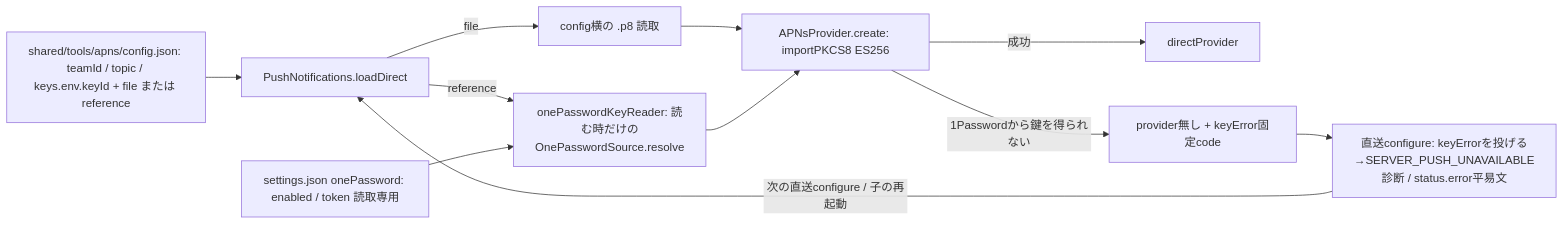
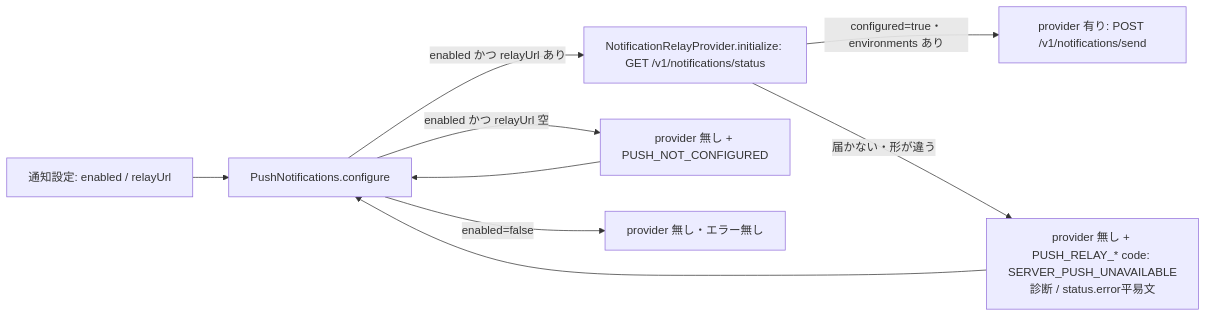
Before and after one commit to kitepon/BellTeam: the sixth of 7 diagrams in docs/architecture/modules/usage/notification-process.md, drawn with Mermaid. The commit also changed other lines of this file and 41 other files, not shown here.

First line of the commit message:
Remove the direct push path and the Settings 1Password feature; the relay is the only push path

````diff
--- a/docs/architecture/modules/usage/notification-process.md
+++ b/docs/architecture/modules/usage/notification-process.md
@@ -226,13 +222,11 @@
 ```mermaid
 flowchart LR
-  Config[shared/tools/apns/config.json: teamId / topic / keys.env.keyId + file または reference] --> Load[PushNotifications.loadDirect]
-  Load -->|file| P8[config横の .p8 読取]
-  Load -->|reference| Reader[onePasswordKeyReader: 読む時だけのOnePasswordSource.resolve]
-  Settings[settings.json onePassword: enabled / token 読取専用] --> Reader
-  P8 --> Create[APNsProvider.create: importPKCS8 ES256]
-  Reader --> Create
-  Create -->|成功| Direct[directProvider]
-  Create -->|1Passwordから鍵を得られない| NotConfigured[provider無し + keyError固定code]
-  NotConfigured --> Configure[直送configure: keyErrorを投げる→SERVER_PUSH_UNAVAILABLE診断 / status.error平易文]
-  Configure -->|次の直送configure / 子の再起動| Load
+  Settings[通知設定: enabled / relayUrl] --> Configure[PushNotifications.configure]
+  Configure -->|enabled かつ relayUrl あり| Relay[NotificationRelayProvider.initialize: GET /v1/notifications/status]
+  Relay -->|configured=true・environments あり| Ready[provider 有り: POST /v1/notifications/send]
+  Relay -->|届かない・形が違う| Unavailable[provider 無し + PUSH_RELAY_* code: SERVER_PUSH_UNAVAILABLE診断 / status.error平易文]
+  Configure -->|enabled かつ relayUrl 空| NotConfigured[provider 無し + PUSH_NOT_CONFIGURED]
+  Configure -->|enabled=false| Off[provider 無し・エラー無し]
+  Unavailable --> Configure
+  NotConfigured --> Configure
 ```
````
